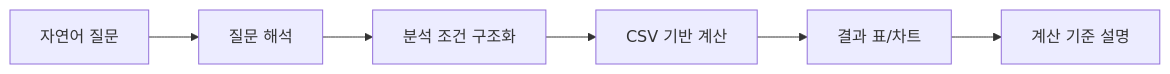
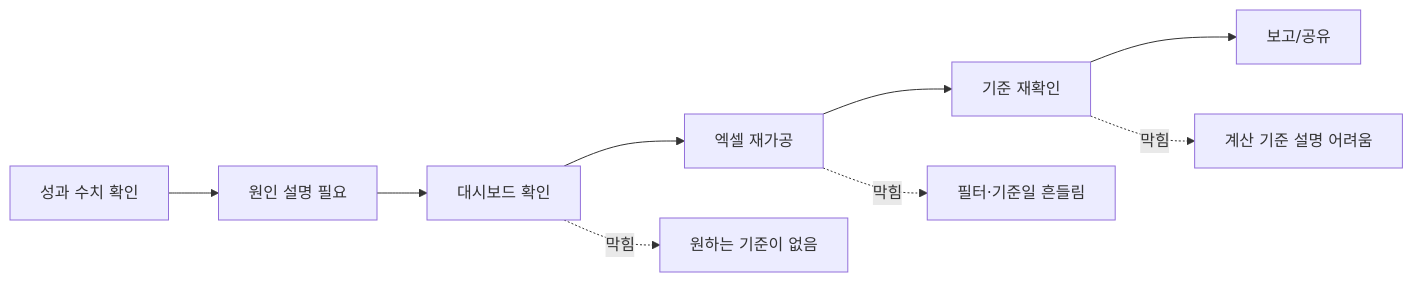
The first of 5 diagrams in docs/elevator_speech.md (26-ewha-capstone-logue/logue), drawn with Mermaid before and after one commit. The commit also changed other lines of this file, not shown here.

````diff
--- a/docs/elevator_speech.md
+++ b/docs/elevator_speech.md
@@ -80,8 +25,12 @@
 ```mermaid
 flowchart LR
-    A[자연어 질문] --> B[질문 해석]
-    B --> C[분석 조건 구조화]
-    C --> D[CSV 기반 계산]
-    D --> E[결과 표/차트]
-    E --> F[계산 기준 설명]
+    A[성과 수치 확인] --> B[원인 설명 필요]
+    B --> C[대시보드 확인]
+    C --> D[엑셀 재가공]
+    D --> E[기준 재확인]
+    E --> F[보고/공유]
+
+    C -. 막힘 .-> C1[원하는 기준이 없음]
+    D -. 막힘 .-> D1[필터·기준일 흔들림]
+    E -. 막힘 .-> E1[계산 기준 설명 어려움]
 ```
````
